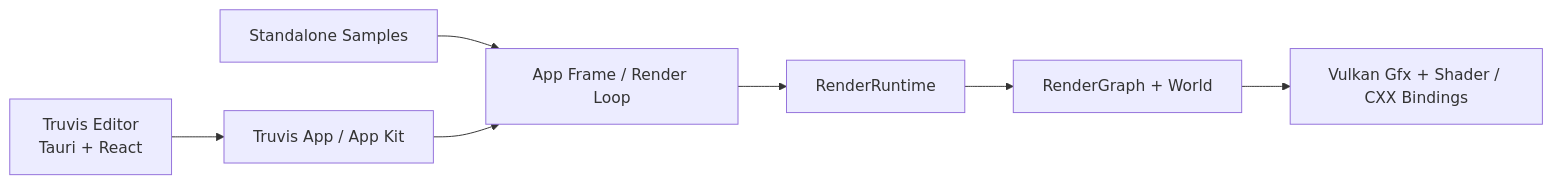
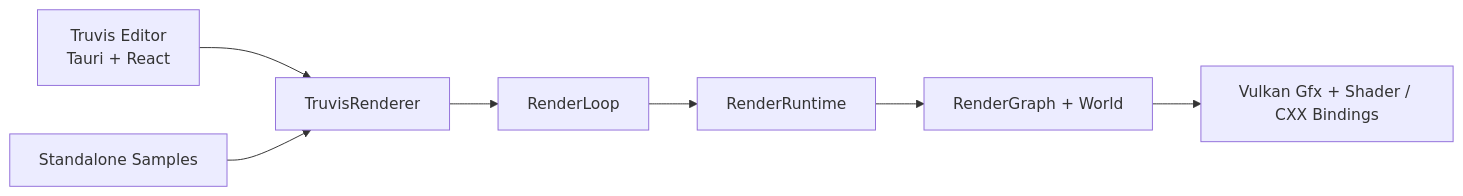
One commit to acccoco/TruvisRenderer changed the diagram in README.md. Above: the diagram before and after it, drawn with Mermaid. The commit also changed other lines of this file and 55 other files, not shown here.

Commit message:
[update/app] 收敛 Tauri Editor 与架构文档

````diff
--- a/README.md
+++ b/README.md
@@ -90,9 +90,9 @@
 ```mermaid
 flowchart LR
-    Editor["Truvis Editor<br/>Tauri + React"] --> App["Truvis App / App Kit"]
-    Samples["Standalone Samples"] --> Frame["App Frame / Render Loop"]
-    App --> Frame
-    Frame --> Runtime["RenderRuntime"]
+    Editor["Truvis Editor<br/>Tauri + React"] --> Renderer["TruvisRenderer"]
+    Samples["Standalone Samples"] --> Renderer
+    Renderer --> Loop["RenderLoop"]
+    Loop --> Runtime["RenderRuntime"]
     Runtime --> Graph["RenderGraph + World"]
     Graph --> Gfx["Vulkan Gfx + Shader / CXX Bindings"]
 ```
````
